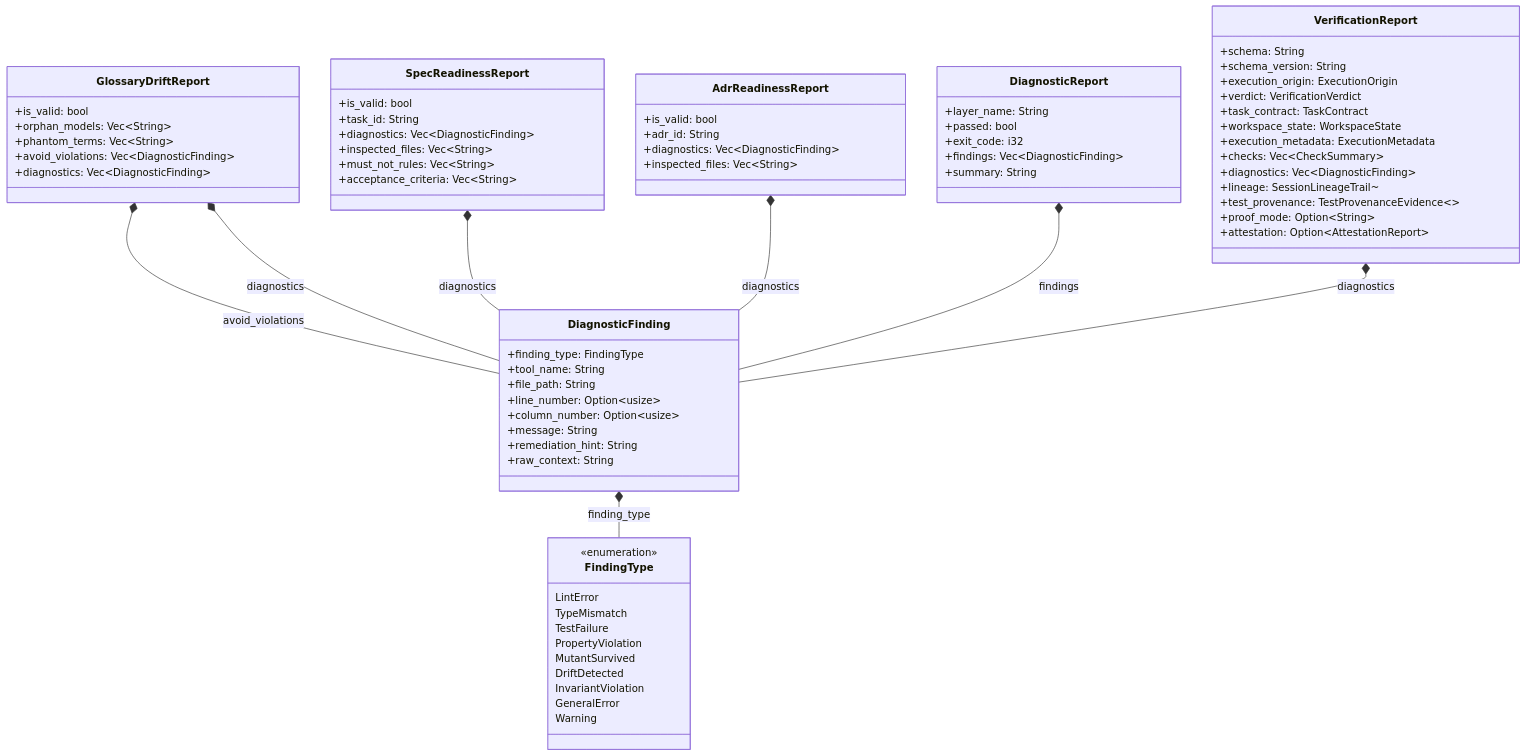
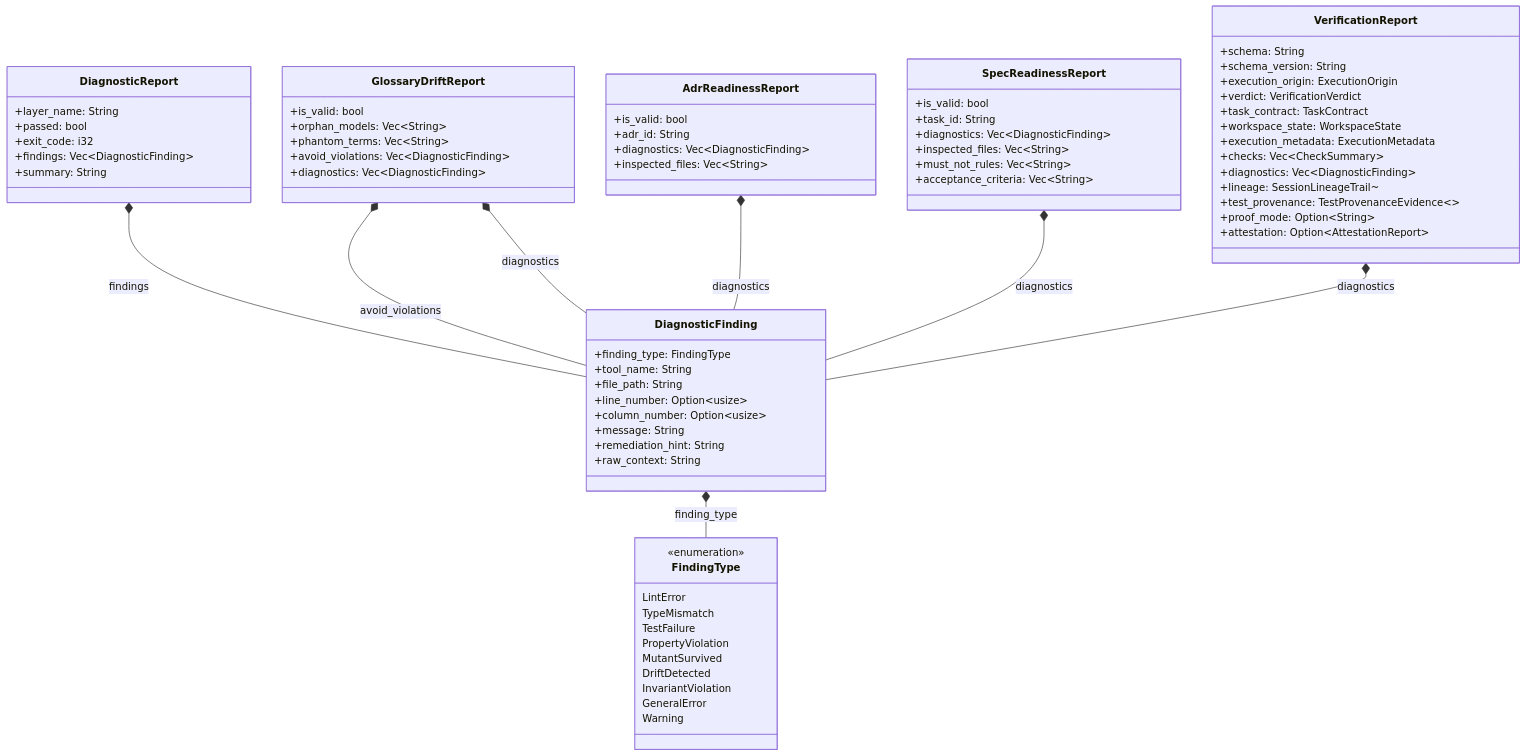
Before and after one commit to rolfmadsen/xgauntlet: the diagram in docs/architecture/diagnostics.md, drawn with Mermaid. The commit also changed other lines of this file and 13 other files, not shown here.

````diff
--- a/docs/architecture/diagnostics.md
+++ b/docs/architecture/diagnostics.md
@@ -84,11 +84,11 @@
         +attestation: Option~AttestationReport~
     }
 
+    DiagnosticReport *-- DiagnosticFinding : findings
     GlossaryDriftReport *-- DiagnosticFinding : avoid_violations
     GlossaryDriftReport *-- DiagnosticFinding : diagnostics
+    AdrReadinessReport *-- DiagnosticFinding : diagnostics
     DiagnosticFinding *-- FindingType : finding_type
     SpecReadinessReport *-- DiagnosticFinding : diagnostics
-    AdrReadinessReport *-- DiagnosticFinding : diagnostics
-    DiagnosticReport *-- DiagnosticFinding : findings
     VerificationReport *-- DiagnosticFinding : diagnostics
 ```
````
